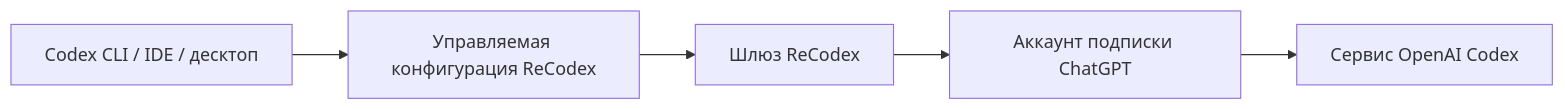
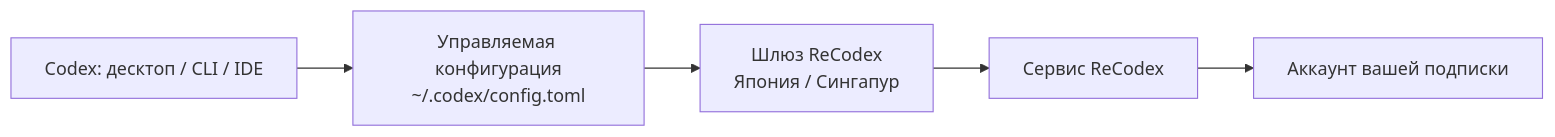
One commit to kvalen-code/docs changed the diagram in ru/how-it-works.mdx. Above: the diagram before and after it, drawn with Mermaid. The commit also changed other lines of this file and 5 other files, not shown here.

````diff
--- a/ru/how-it-works.mdx
+++ b/ru/how-it-works.mdx
@@ -24,7 +13,7 @@
 ```mermaid
 flowchart LR
-  A[Codex CLI / IDE / десктоп] --> B[Управляемая конфигурация ReCodex]
-  B --> C[Шлюз ReCodex]
-  C --> D[Аккаунт подписки ChatGPT]
-  D --> E[Сервис OpenAI Codex]
+  A[Codex: десктоп / CLI / IDE] --> B[Управляемая конфигурация<br/>~/.codex/config.toml]
+  B --> C[Шлюз ReCodex<br/>Япония / Сингапур]
+  C --> D[Сервис ReCodex]
+  D --> E[Аккаунт вашей подписки]
 ```
````
